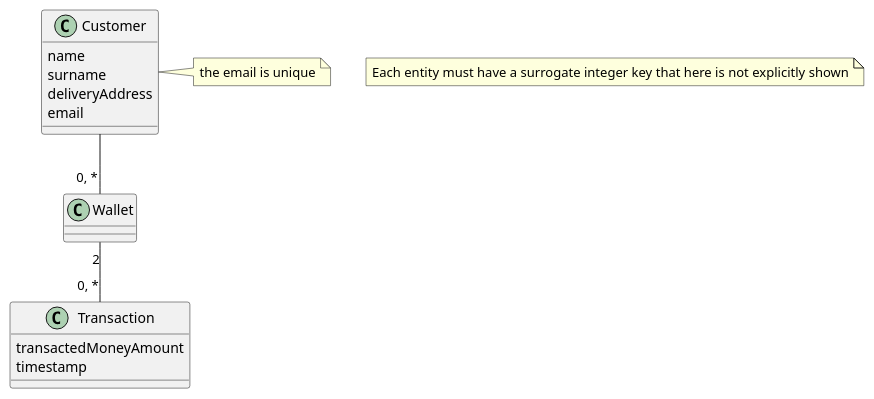
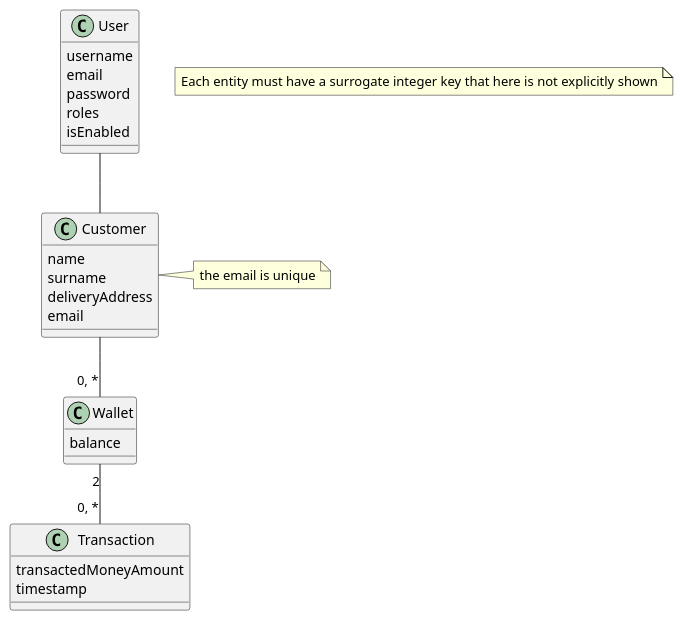
The first of 2 diagrams in docs/design/whiteboard.md (Thefolle/WAII_group19_lab2), drawn with PlantUML before and after one commit. The commit also changed other lines of this file and 2 other files, not shown here.

Commit message:
Update design diagram

````diff
--- a/docs/design/whiteboard.md
+++ b/docs/design/whiteboard.md
@@ -5,24 +5,33 @@
 ```plantuml
 @startuml
 
+class User {
+    username
+    email
+    password
+    roles
+    isEnabled
+}
 class Customer {
     name
     surname
     deliveryAddress
     email
 }
 class Wallet {
+    balance
 }
 class Transaction {
     transactedMoneyAmount
     timestamp
 }
 
+User -- Customer
 Customer -- "0, *"  Wallet
 Wallet "2" -- "0, *" Transaction
 
 note "Each entity must have a surrogate integer key that here is not explicitly shown" as N1
 note right of Customer: the email is unique
 
 @enduml
 ```
````
